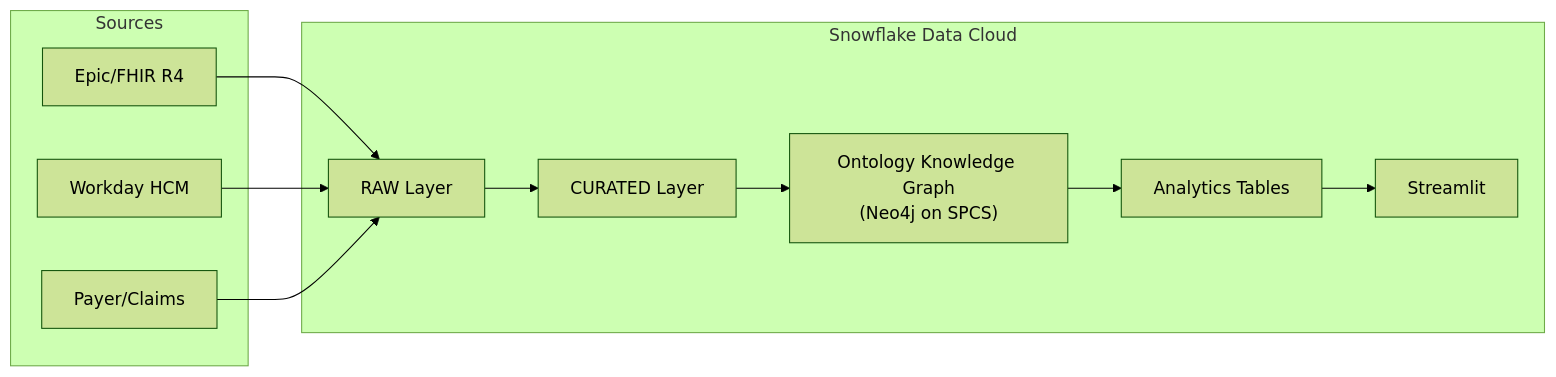
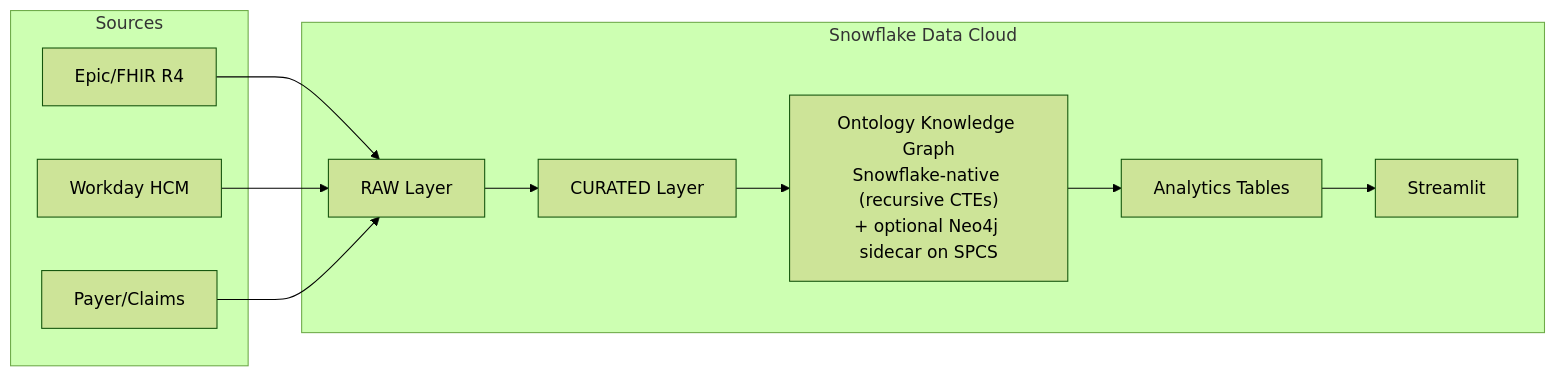
One commit to sfc-gh-smitchener-1/snowflake-dca-fullstack-demo changed the first of 2 diagrams in industry-demos/hcls/README.md. Above: the diagram before and after it, drawn with Mermaid (forest theme). The commit also changed 25 other files, not shown here.

First line of the commit message:
feat(ontology-graph): dual-backend graph engine — Snowflake-native + optional Neo4j

````diff
--- a/industry-demos/hcls/README.md
+++ b/industry-demos/hcls/README.md
@@ -23,24 +23,24 @@
 ```mermaid
 graph LR
     subgraph Sources
         EPIC["Epic/FHIR R4"]
         WD["Workday HCM"]
         PAYER["Payer/Claims"]
     end
 
     subgraph "Snowflake Data Cloud"
         RAW["RAW Layer"]
         CUR["CURATED Layer"]
-        KG["Ontology Knowledge Graph<br/>(Neo4j on SPCS)"]
+        KG["Ontology Knowledge Graph<br/>Snowflake-native (recursive CTEs)<br/>+ optional Neo4j sidecar on SPCS"]
         ANA["Analytics Tables"]
         SIS["Streamlit"]
     end
 
     EPIC --> RAW
     WD --> RAW
     PAYER --> RAW
     RAW --> CUR
     CUR --> KG
     KG --> ANA
     ANA --> SIS
 ```
````
